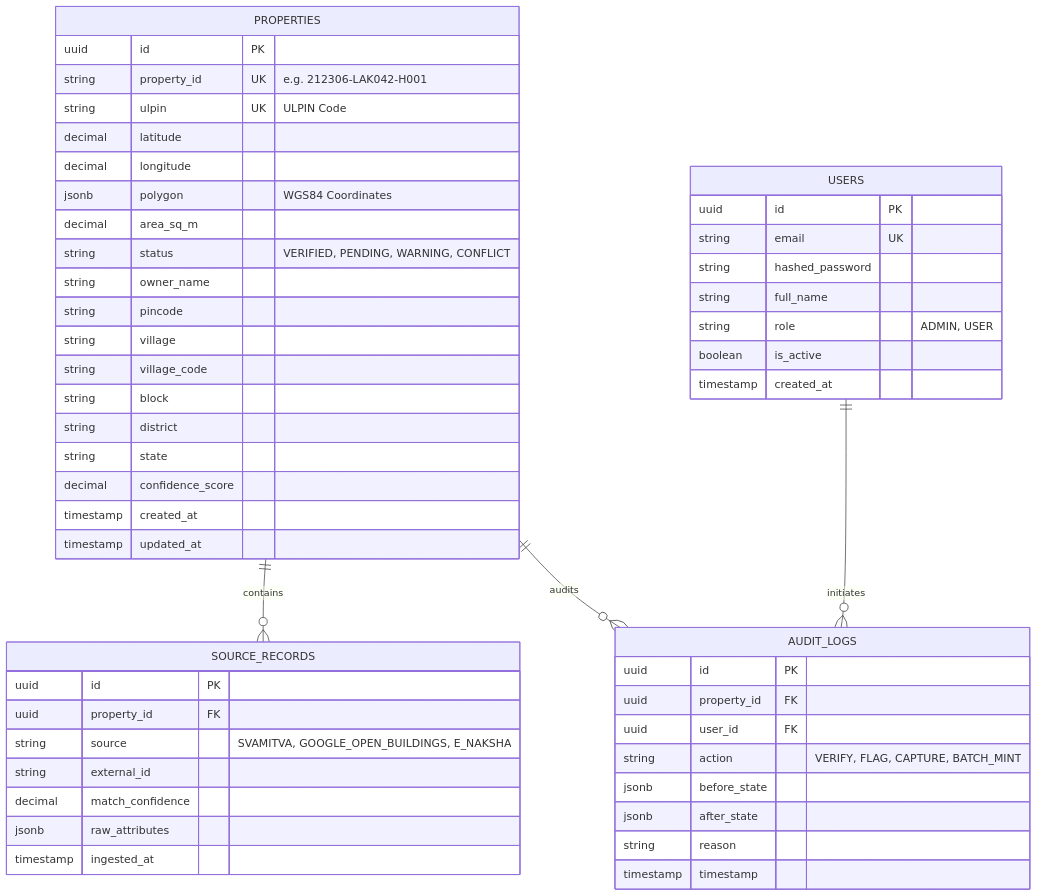
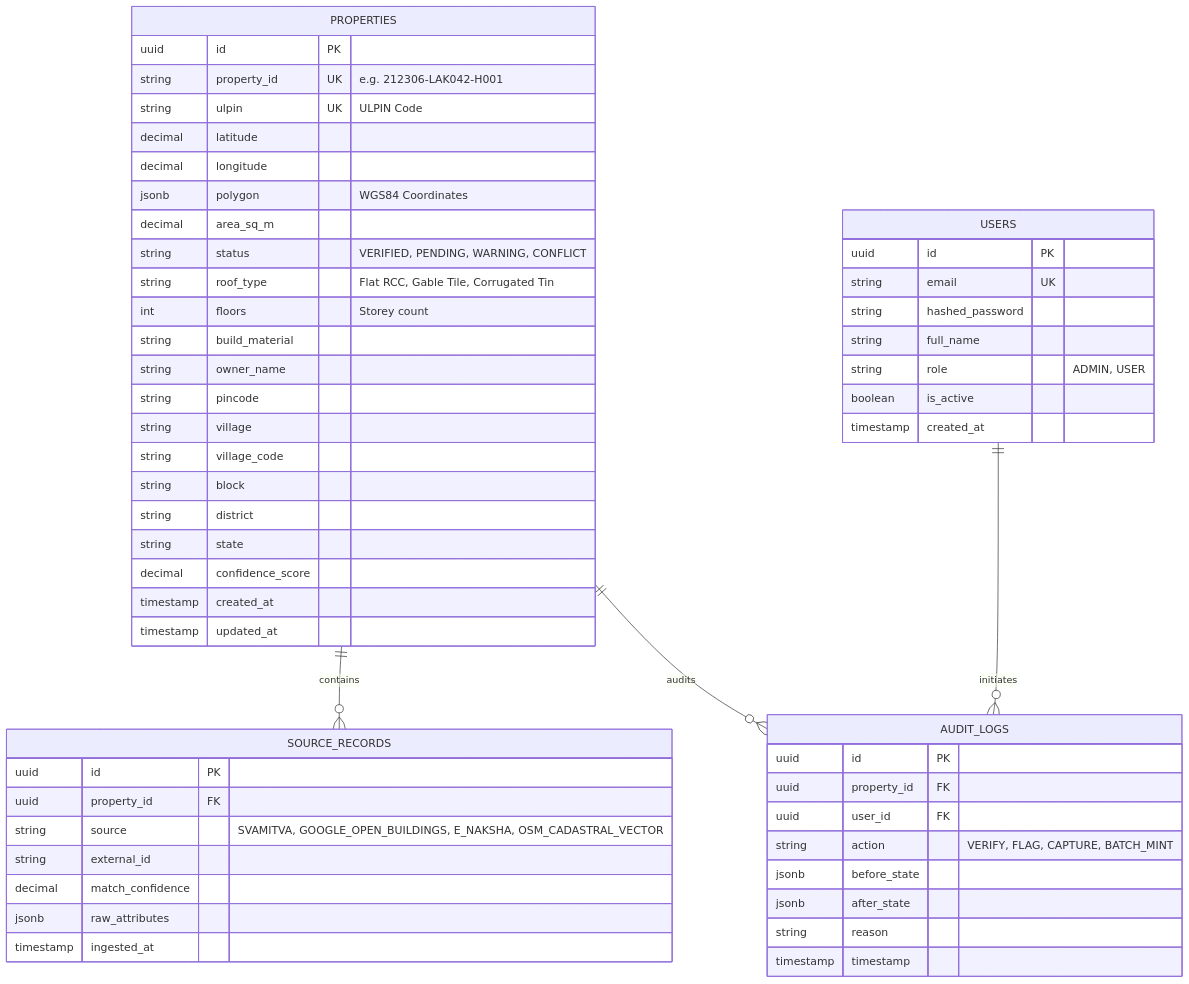
Before and after one commit to shivansh-212/sih-2026: the third of 3 diagrams in ARCHITECTURE_AND_IMPLEMENTATION_DEEP_DIVE.md, drawn with Mermaid. The commit also changed other lines of this file and 6 other files, not shown here.

Commit message:
feat(tutorial): add interactive animated onboarding walkthrough and update platform architecture specifications

````diff
--- a/ARCHITECTURE_AND_IMPLEMENTATION_DEEP_DIVE.md
+++ b/ARCHITECTURE_AND_IMPLEMENTATION_DEEP_DIVE.md
@@ -295,58 +391,61 @@
 ```mermaid
 erDiagram
     PROPERTIES ||--o{ SOURCE_RECORDS : "contains"
     PROPERTIES ||--o{ AUDIT_LOGS : "audits"
     USERS ||--o{ AUDIT_LOGS : "initiates"
 
     PROPERTIES {
         uuid id PK
         string property_id UK "e.g. 212306-LAK042-H001"
         string ulpin UK "ULPIN Code"
         decimal latitude
         decimal longitude
         jsonb polygon "WGS84 Coordinates"
         decimal area_sq_m
         string status "VERIFIED, PENDING, WARNING, CONFLICT"
+        string roof_type "Flat RCC, Gable Tile, Corrugated Tin"
+        int floors "Storey count"
+        string build_material
         string owner_name
         string pincode
         string village
         string village_code
         string block
         string district
         string state
         decimal confidence_score
         timestamp created_at
         timestamp updated_at
     }
 
     SOURCE_RECORDS {
         uuid id PK
         uuid property_id FK
-        string source "SVAMITVA, GOOGLE_OPEN_BUILDINGS, E_NAKSHA"
+        string source "SVAMITVA, GOOGLE_OPEN_BUILDINGS, E_NAKSHA, OSM_CADASTRAL_VECTOR"
         string external_id
         decimal match_confidence
         jsonb raw_attributes
         timestamp ingested_at
     }
 
     USERS {
         uuid id PK
         string email UK
         string hashed_password
         string full_name
         string role "ADMIN, USER"
         boolean is_active
         timestamp created_at
     }
 
     AUDIT_LOGS {
         uuid id PK
         uuid property_id FK
         uuid user_id FK
         string action "VERIFY, FLAG, CAPTURE, BATCH_MINT"
         jsonb before_state
         jsonb after_state
         string reason
         timestamp timestamp
     }
 ```
````
